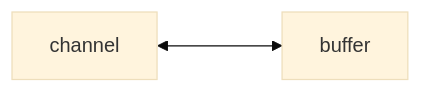
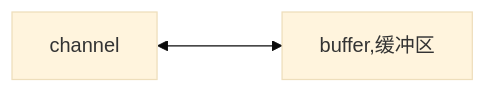
Before and after one commit to csliujw/CodeNotes: the first of 13 diagrams in Netty/netty快速入门.md, drawn with Mermaid (base theme). The commit also changed other lines of this file and 3 other files, not shown here.

````diff
--- a/Netty/netty快速入门.md
+++ b/Netty/netty快速入门.md
@@ -158,4 +158,4 @@
 ```mermaid
 flowchart LR
-channel <---> buffer
+channel <---> buffer,缓冲区
 ```
````
